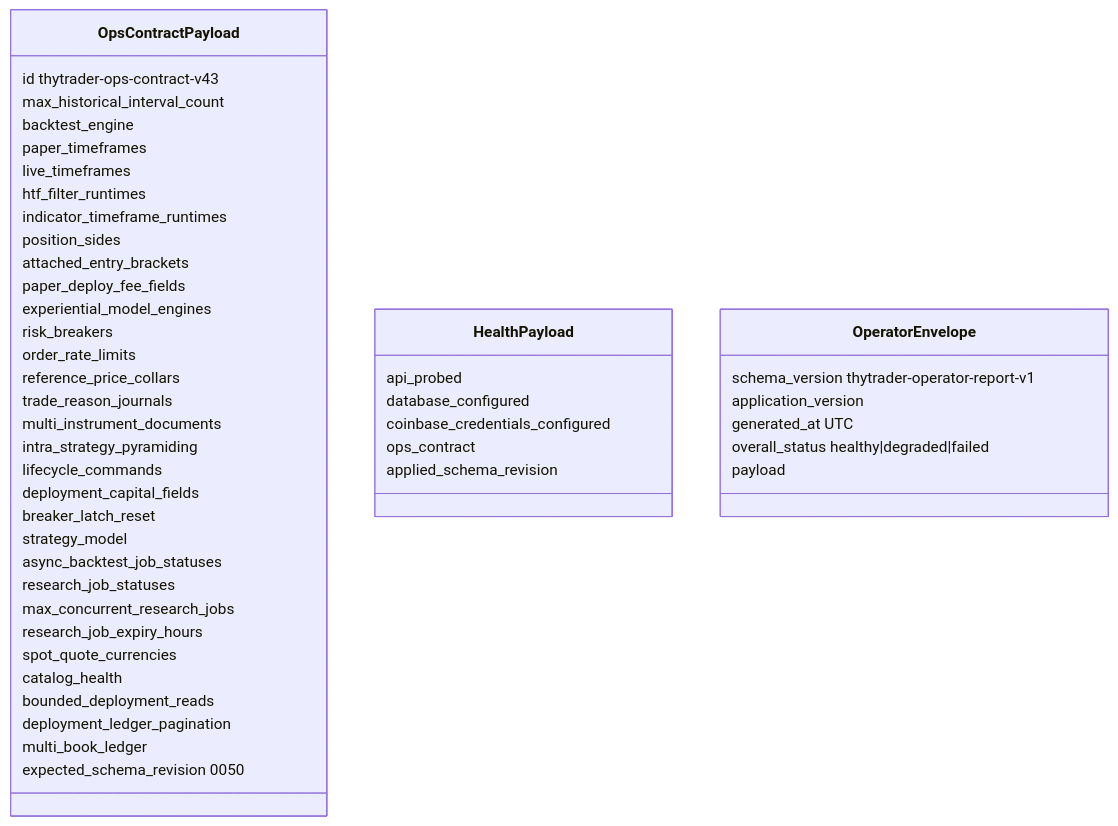
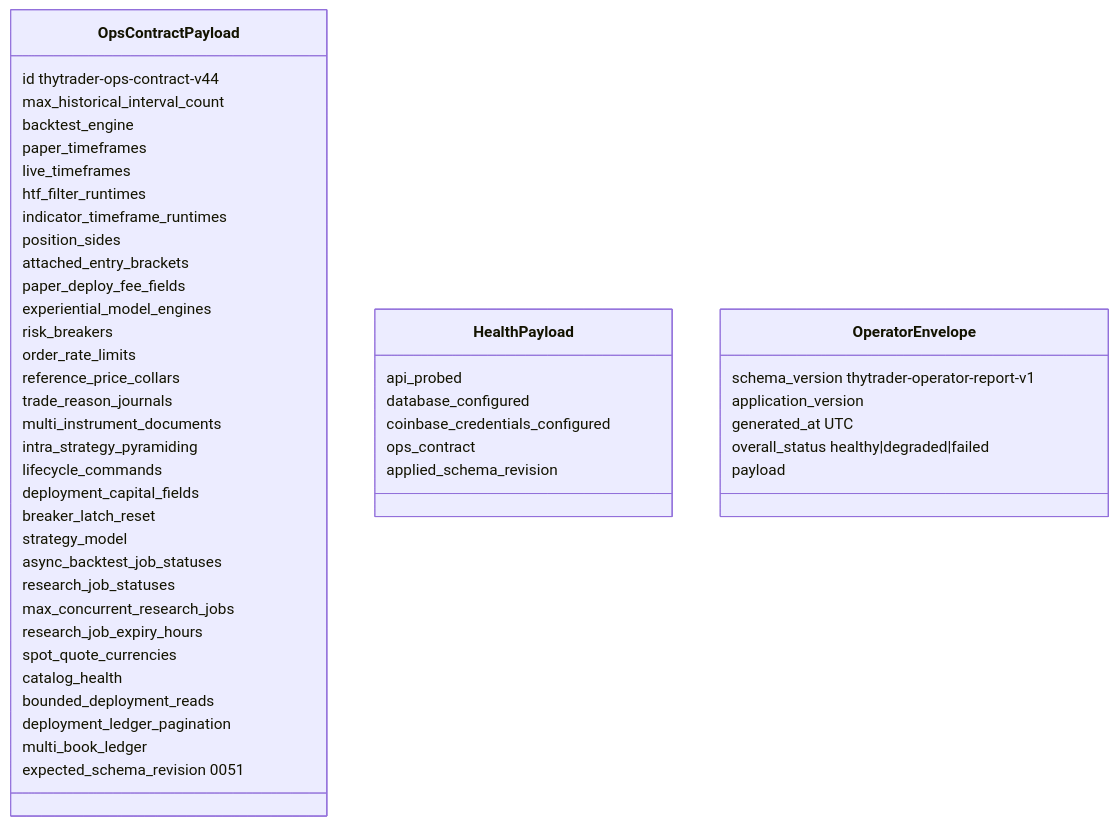
The diagram in docs/architecture/contracts/ops-contract.md (Zoltesh/thytrader), drawn with Mermaid before and after one commit. The commit also changed other lines of this file and 42 other files, not shown here.

````diff
--- a/docs/architecture/contracts/ops-contract.md
+++ b/docs/architecture/contracts/ops-contract.md
@@ -46,50 +46,50 @@
 ```mermaid
 classDiagram
   class OpsContractPayload {
-    id thytrader-ops-contract-v43
+    id thytrader-ops-contract-v44
     max_historical_interval_count
     backtest_engine
     paper_timeframes
     live_timeframes
     htf_filter_runtimes
     indicator_timeframe_runtimes
     position_sides
     attached_entry_brackets
     paper_deploy_fee_fields
     experiential_model_engines
     risk_breakers
     order_rate_limits
     reference_price_collars
     trade_reason_journals
     multi_instrument_documents
     intra_strategy_pyramiding
     lifecycle_commands
     deployment_capital_fields
     breaker_latch_reset
     strategy_model
     async_backtest_job_statuses
     research_job_statuses
     max_concurrent_research_jobs
     research_job_expiry_hours
     spot_quote_currencies
     catalog_health
     bounded_deployment_reads
     deployment_ledger_pagination
     multi_book_ledger
-    expected_schema_revision 0050
+    expected_schema_revision 0051
   }
   class HealthPayload {
     api_probed
     database_configured
     coinbase_credentials_configured
     ops_contract
     applied_schema_revision
   }
   class OperatorEnvelope {
     schema_version thytrader-operator-report-v1
     application_version
     generated_at UTC
     overall_status healthy|degraded|failed
     payload
   }
 ```
````
